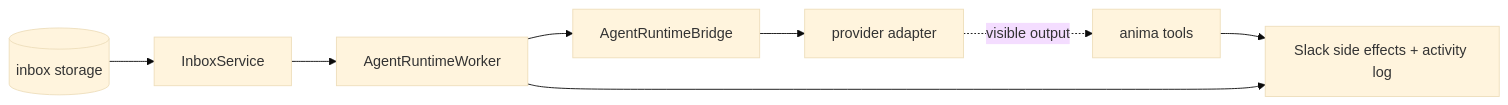
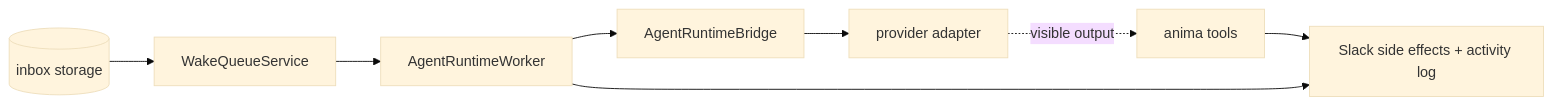
Before and after one commit to MeetQuinn/anima: the second of 2 diagrams in server/README.md, drawn with Mermaid (base theme). The commit also changed other lines of this file, not shown here.

Commit message:
docs: fix wake queue labels (#303)

````diff
--- a/server/README.md
+++ b/server/README.md
@@ -48,14 +48,14 @@
 ```mermaid
 flowchart LR
   Storage[("inbox storage")]
-  Queue["InboxService"]
+  Queue["WakeQueueService"]
   Worker["AgentRuntimeWorker"]
   Bridge["AgentRuntimeBridge"]
   Provider["provider adapter"]
   Tools["anima tools"]
   Effects["Slack side effects + activity log"]
 
   Storage --> Queue --> Worker --> Bridge --> Provider
   Provider -. visible output .-> Tools --> Effects
   Worker --> Effects
 ```
````
